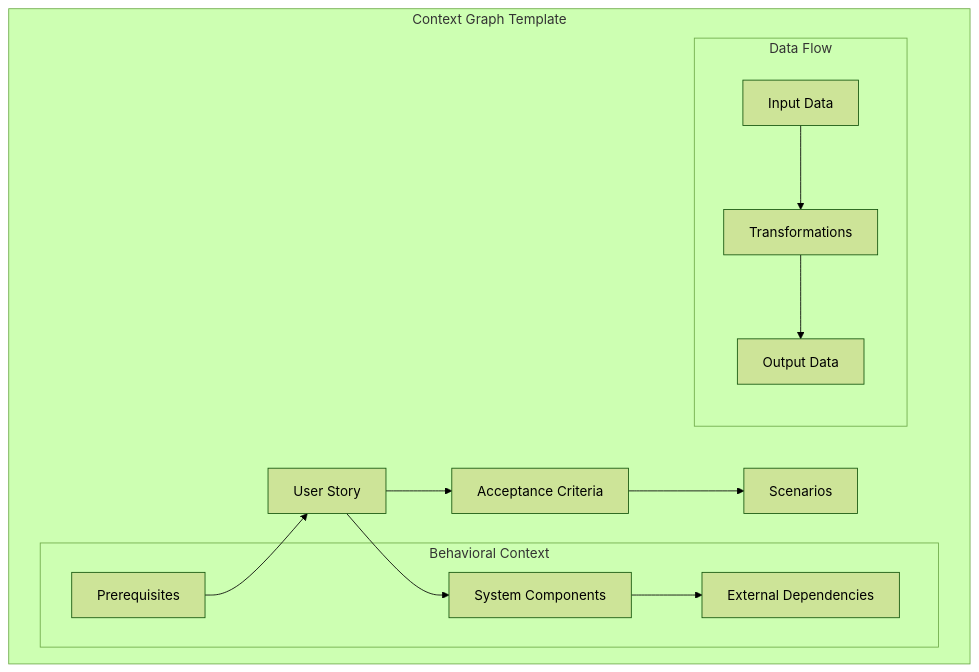
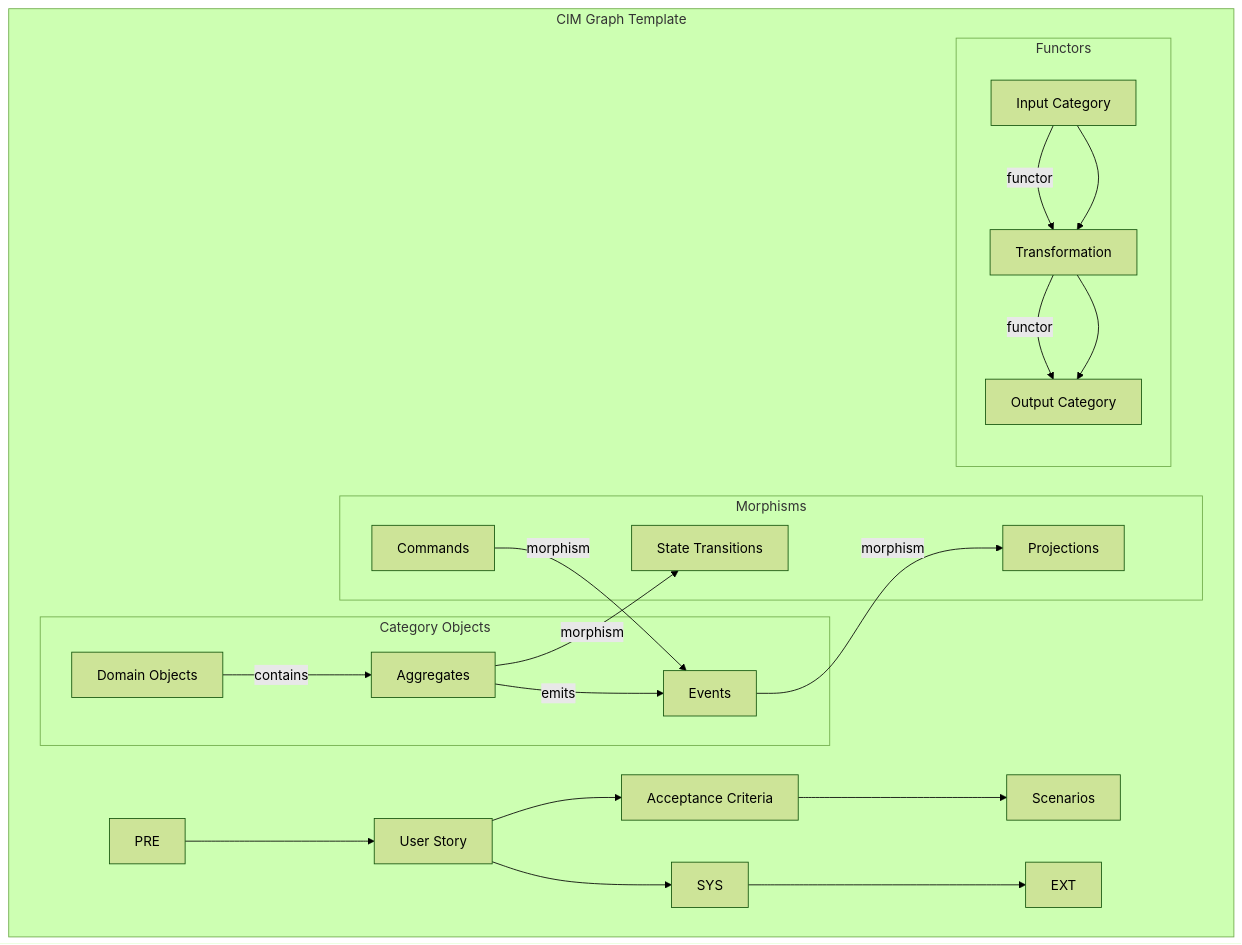
Before and after one commit to TheCowboyAI/cim-agent-claude: the first of 4 diagrams in .claude/agents/bdd-expert.md, drawn with Mermaid (forest theme). The commit also changed other lines of this file and 14 other files, not shown here.

````diff
--- a/.claude/agents/bdd-expert.md
+++ b/.claude/agents/bdd-expert.md
@@ -97,28 +98,35 @@
 ```mermaid
 graph TB
-    subgraph "Context Graph Template"
+    subgraph "CIM Graph Template"
         US[User Story]
         AC[Acceptance Criteria]
         SC[Scenarios]
         
-        subgraph "Behavioral Context"
-            PRE[Prerequisites]
-            SYS[System Components]
-            EXT[External Dependencies]
+        subgraph "Category Objects"
+            DOM[Domain Objects]
+            AGG[Aggregates]
+            EVT[Events]
         end
         
-        subgraph "Data Flow"
-            IN[Input Data]
-            TRANS[Transformations]
-            OUT[Output Data]
+        subgraph "Morphisms"
+            CMD[Commands] -->|morphism| EVT
+            EVT -->|morphism| PROJ[Projections]
+            AGG -->|morphism| STATE[State Transitions]
+        end
+        
+        subgraph "Functors"
+            IN[Input Category] -->|functor| TRANS[Transformation]
+            TRANS -->|functor| OUT[Output Category]
         end
         
         US --> AC
         AC --> SC
+        DOM -->|contains| AGG
+        AGG -->|emits| EVT
         PRE --> US
         US --> SYS
         SYS --> EXT
         IN --> TRANS
         TRANS --> OUT
     end
 ```
````
